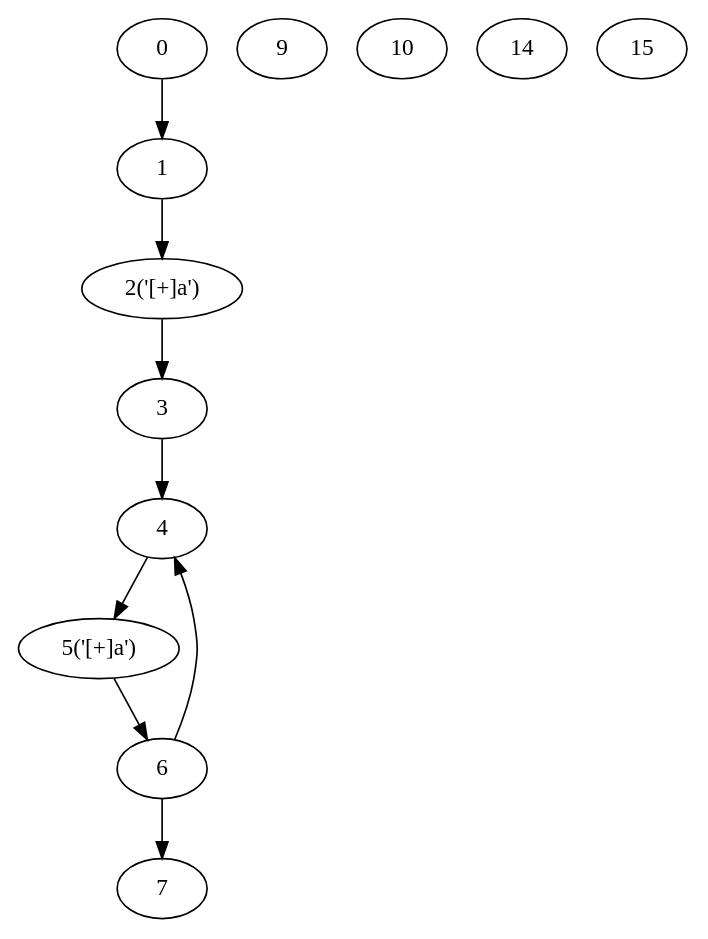
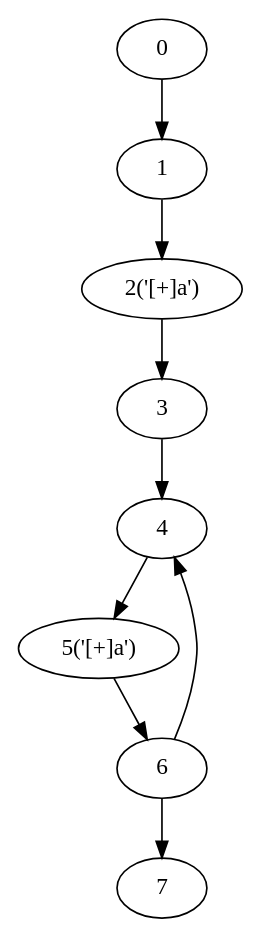
One commit to yyl-20020115/NRegEx changed the diagram in NRegex.Test/Graphs/TestMethod14.dot. Above: the diagram before and after it, drawn with Graphviz. The commit also changed 14 other files, not shown here.

```diff
--- a/NRegex.Test/Graphs/TestMethod14.dot
+++ b/NRegex.Test/Graphs/TestMethod14.dot
@@ -1,22 +1,18 @@
 digraph g {
 	0 ;
 	1 ;
 	2 [label="2('[+]a')"];
 	3 ;
 	4 ;
 	5 [label="5('[+]a')"];
 	6 ;
 	7 ;
-	9 ;
-	10 ;
-	14 ;
-	15 ;
 	0->1;
 	1->2;
 	2->3;
 	3->4;
 	6->4;
 	4->5;
 	5->6;
 	6->7;
 }
```
